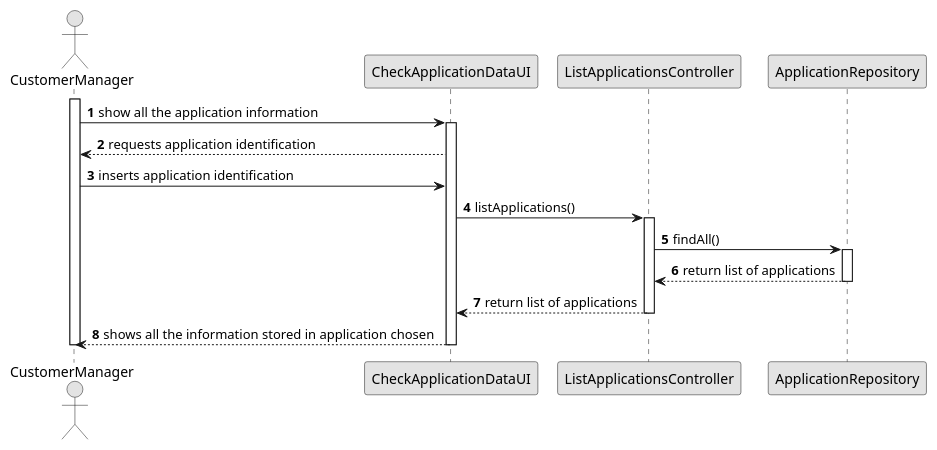
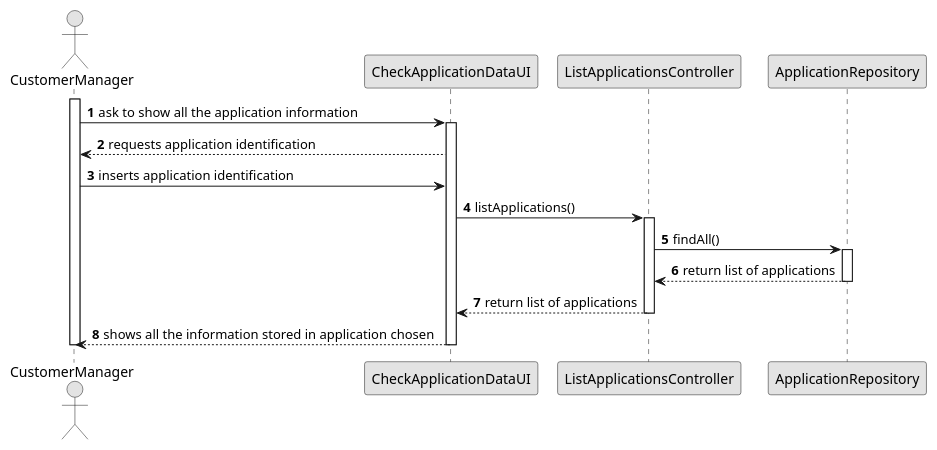
One commit to Goncalves2525/Jobs4U-Talent-Acquisition-Management-System changed the diagram in docs/Sprint C/us_1021/SD/sequence-diagram.puml. Above: the diagram before and after it, drawn with PlantUML.

```diff
--- a/docs/Sprint C/us_1021/SD/sequence-diagram.puml
+++ b/docs/Sprint C/us_1021/SD/sequence-diagram.puml
@@ -1,43 +1,43 @@
 @startuml
 skinparam monochrome true
 skinparam packageStyle rectangle
 skinparam shadowing false
 
 autonumber
 
 'hide footbox
 actor "CustomerManager" as CM
 participant "CheckApplicationDataUI" as UI
 participant "ListApplicationsController" as CTRL
 participant "ApplicationRepository" as APPREPO
 
 
 
 
 
 
 activate CM
 
-        CM -> UI : show all the application information
+        CM -> UI : ask to show all the application information
         activate UI
 
             UI --> CM : requests application identification
             CM -> UI : inserts application identification
             UI -> CTRL : listApplications()
             activate CTRL
 
                 CTRL -> APPREPO : findAll()
                 activate APPREPO
 
                     APPREPO --> CTRL : return list of applications
                 deactivate APPREPO
                 CTRL --> UI : return list of applications
             deactivate CTRL
             UI --> CM : shows all the information stored in application chosen
         deactivate UI
 deactivate CM
 
 
 
 
 @enduml
```
